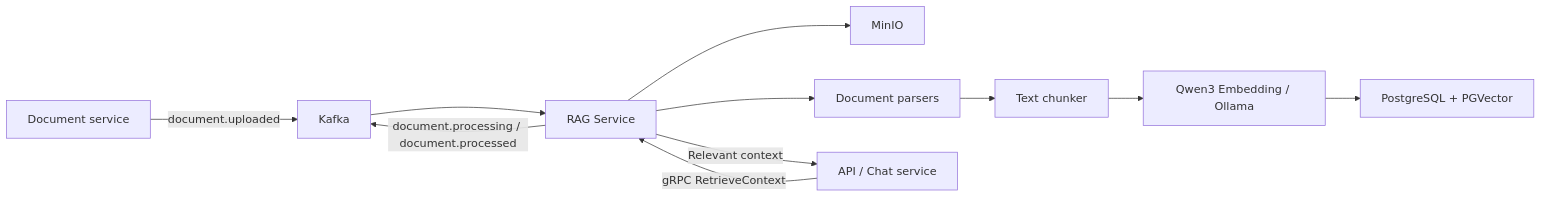
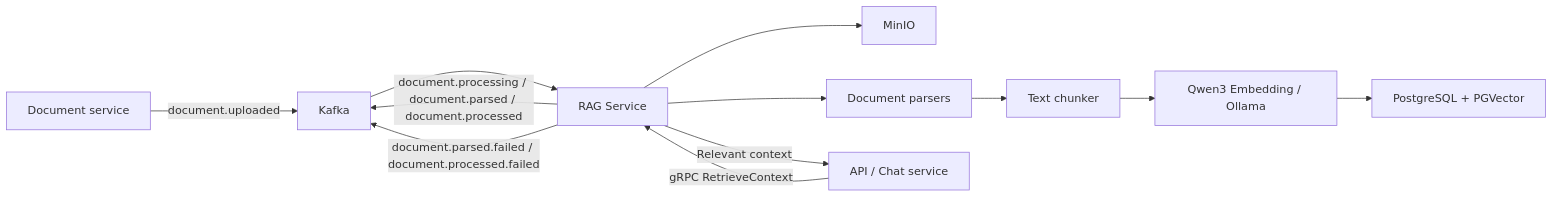
Before and after one commit to notebook-lm/rag-service: the diagram in README.md, drawn with Mermaid. The commit also changed other lines of this file and 5 other files, not shown here.

Commit message:
feat: add failure event types and error handling for document parsing and processing

````diff
--- a/README.md
+++ b/README.md
@@ -23,13 +23,14 @@
 ```mermaid
 flowchart LR
     U["Document service"] -->|"document.uploaded"| K["Kafka"]
     K --> R["RAG Service"]
     R --> M["MinIO"]
     R --> P["Document parsers"]
     P --> C["Text chunker"]
     C --> E["Qwen3 Embedding / Ollama"]
     E --> V["PostgreSQL + PGVector"]
-    R -->|"document.processing / document.processed"| K
+    R -->|"document.processing / document.parsed / document.processed"| K
+    R -->|"document.parsed.failed / document.processed.failed"| K
     A["API / Chat service"] -->|"gRPC RetrieveContext"| R
     R -->|"Relevant context"| A
 ```
````
